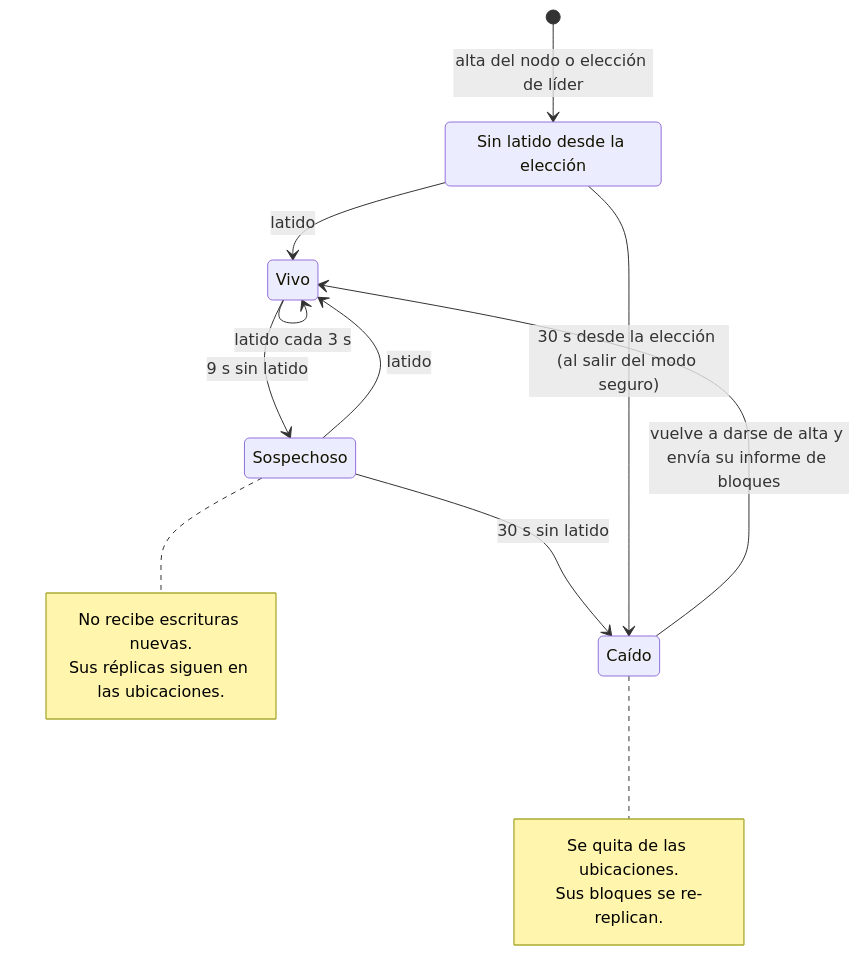
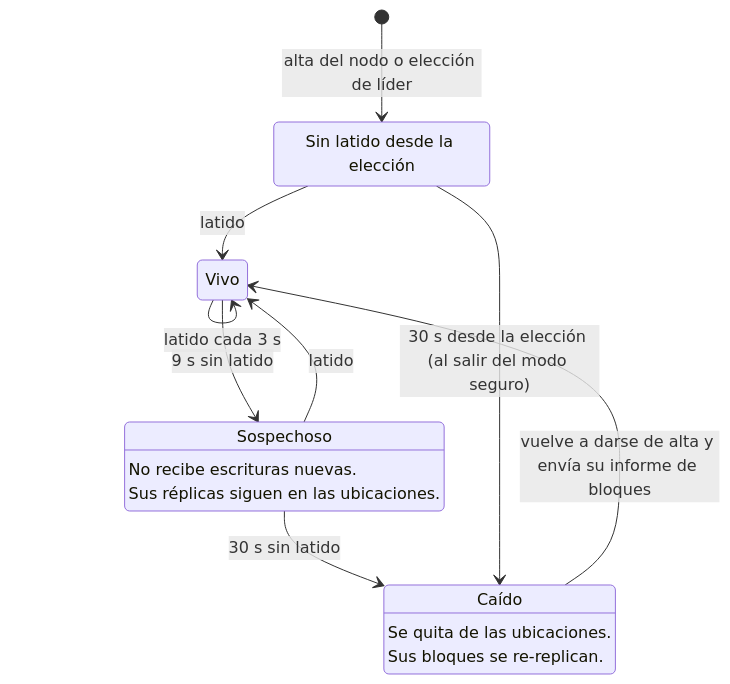
Before and after one commit to pjg09/dfsha: the diagram in docs/diagramas/12-estados-nodo.mmd, drawn with Mermaid. The commit also changed 8 other files, not shown here.

```diff
--- a/docs/diagramas/12-estados-nodo.mmd
+++ b/docs/diagramas/12-estados-nodo.mmd
@@ -1,21 +1,17 @@
 stateDiagram-v2
   state "Sin latido desde la elección" as SinLatido
   state "Vivo" as Vivo
   state "Sospechoso" as Sospechoso
   state "Caído" as Caido
+  Sospechoso : No recibe escrituras nuevas.
+  Sospechoso : Sus réplicas siguen en las ubicaciones.
+  Caido : Se quita de las ubicaciones.
+  Caido : Sus bloques se re-replican.
   [*] --> SinLatido: alta del nodo o elección de líder
   SinLatido --> Vivo: latido
   Vivo --> Vivo: latido cada 3 s
   Vivo --> Sospechoso: 9 s sin latido
   Sospechoso --> Vivo: latido
   Sospechoso --> Caido: 30 s sin latido
   SinLatido --> Caido: 30 s desde la elección (al salir del modo seguro)
   Caido --> Vivo: vuelve a darse de alta y envía su informe de bloques
-  note right of Sospechoso
-    No recibe escrituras nuevas.
-    Sus réplicas siguen en las ubicaciones.
-  end note
-  note right of Caido
-    Se quita de las ubicaciones.
-    Sus bloques se re-replican.
-  end note
```
